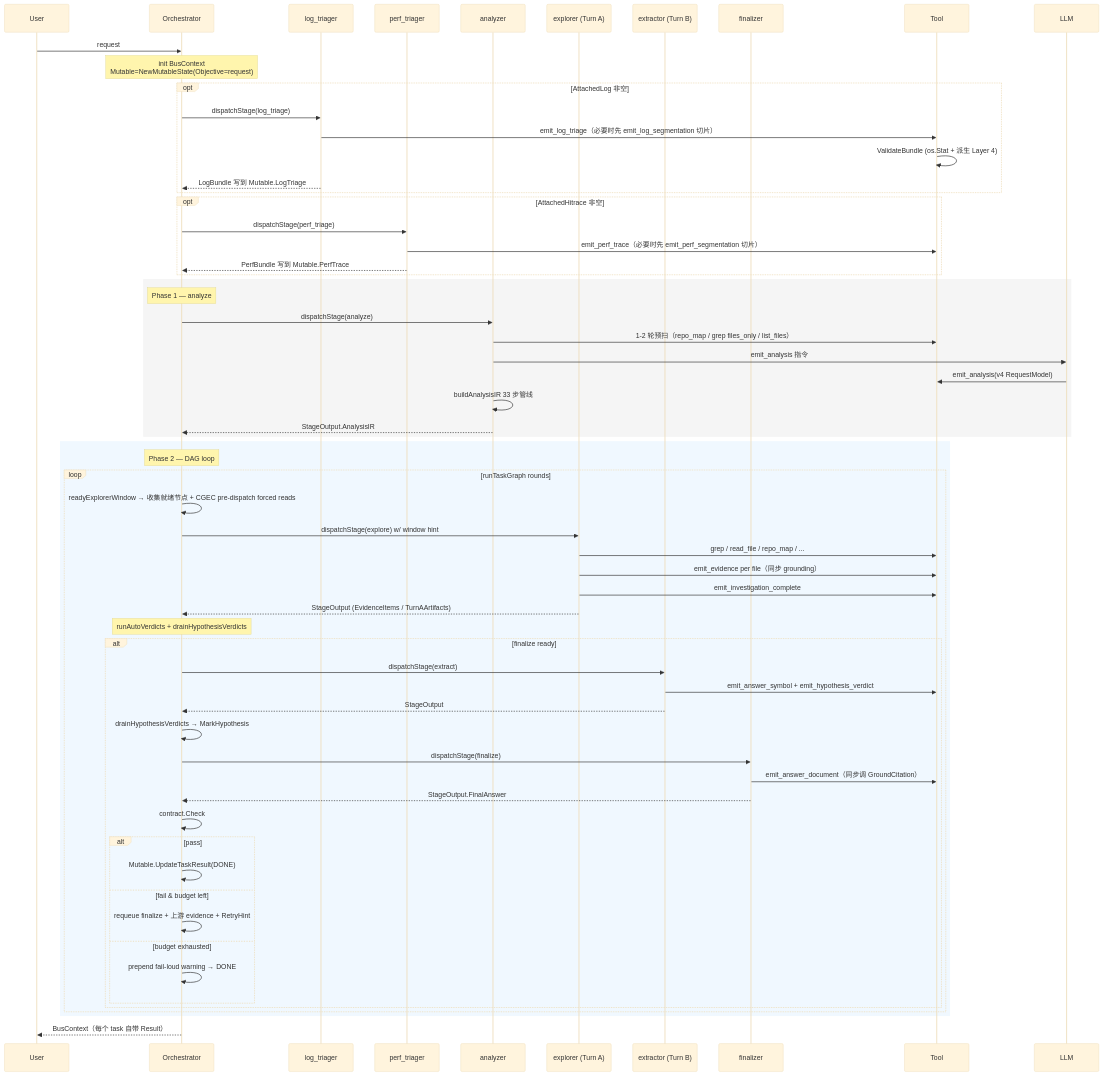
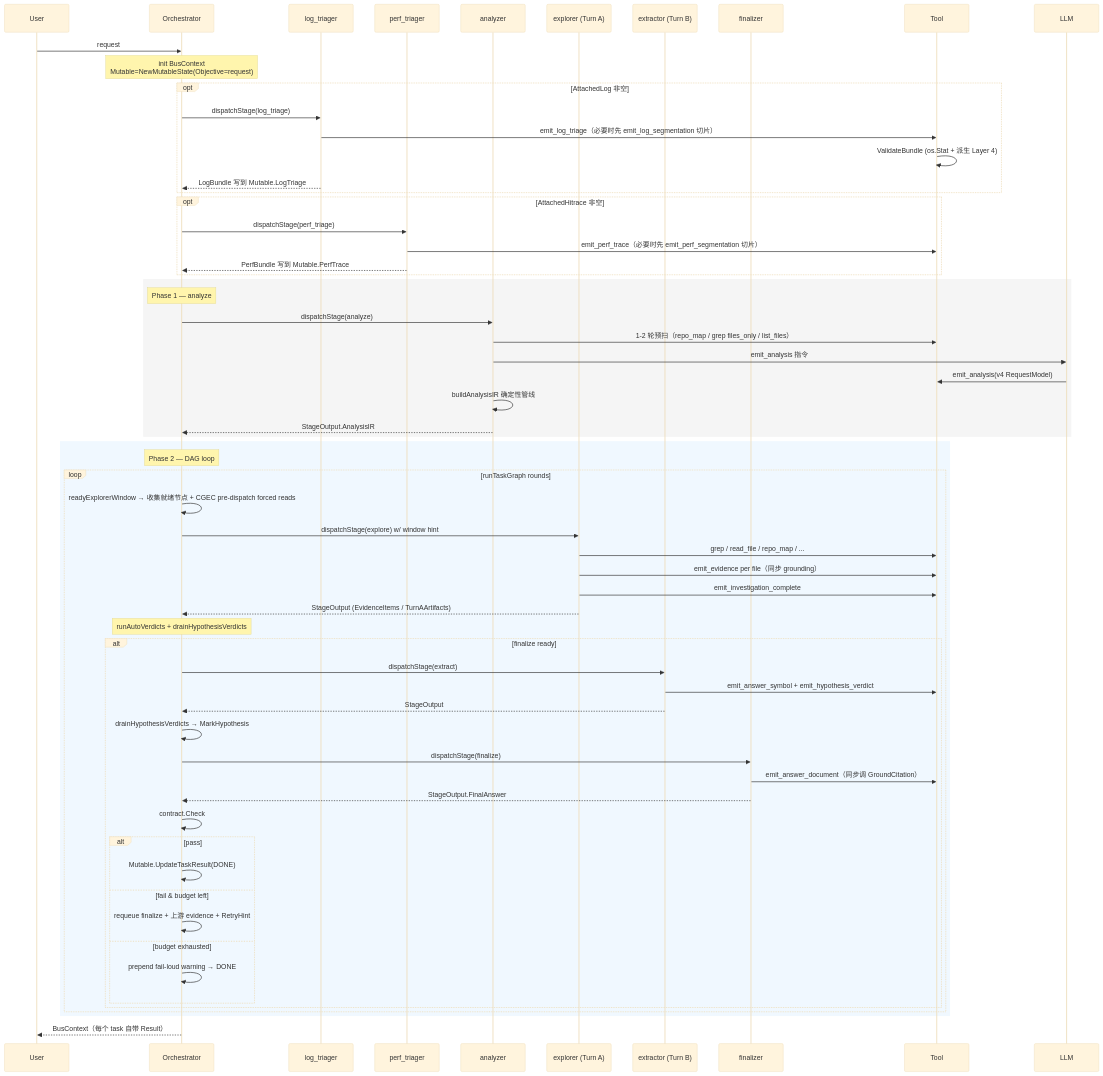
One commit to hanchaoqun/codrax changed the second of 3 diagrams in docs/architecture.md. Above: the diagram before and after it, drawn with Mermaid (base theme). The commit also changed other lines of this file, not shown here.

Commit message:
Refresh architecture documentation

````diff
--- a/docs/architecture.md
+++ b/docs/architecture.md
@@ -1942,71 +1982,71 @@
 ```mermaid
 sequenceDiagram
     participant User
     participant Orch as Orchestrator
     participant LT as log_triager
     participant PT as perf_triager
     participant A as analyzer
     participant E as explorer (Turn A)
     participant X as extractor (Turn B)
     participant F as finalizer
     participant Tool
     participant LLM
 
     User->>Orch: request
     Note over Orch: init BusContext<br/>Mutable=NewMutableState(Objective=request)
 
     opt AttachedLog 非空
     Orch->>LT: dispatchStage(log_triage)
     LT->>Tool: emit_log_triage（必要时先 emit_log_segmentation 切片）
     Tool->>Tool: ValidateBundle (os.Stat + 派生 Layer 4)
     LT-->>Orch: LogBundle 写到 Mutable.LogTriage
     end
 
     opt AttachedHitrace 非空
     Orch->>PT: dispatchStage(perf_triage)
     PT->>Tool: emit_perf_trace（必要时先 emit_perf_segmentation 切片）
     PT-->>Orch: PerfBundle 写到 Mutable.PerfTrace
     end
 
     rect rgb(245,245,245)
     Note over Orch: Phase 1 — analyze
     Orch->>A: dispatchStage(analyze)
     A->>Tool: 1-2 轮预扫（repo_map / grep files_only / list_files）
     A->>LLM: emit_analysis 指令
     LLM->>Tool: emit_analysis(v4 RequestModel)
-    A->>A: buildAnalysisIR 33 步管线
+    A->>A: buildAnalysisIR 确定性管线
     A-->>Orch: StageOutput.AnalysisIR
     end
 
     rect rgb(240,248,255)
     Note over Orch: Phase 2 — DAG loop
     loop runTaskGraph rounds
         Orch->>Orch: readyExplorerWindow → 收集就绪节点 + CGEC pre-dispatch forced reads
         Orch->>E: dispatchStage(explore) w/ window hint
         E->>Tool: grep / read_file / repo_map / ...
         E->>Tool: emit_evidence per file（同步 grounding）
         E->>Tool: emit_investigation_complete
         E-->>Orch: StageOutput (EvidenceItems / TurnAArtifacts)
         Note over Orch: runAutoVerdicts + drainHypothesisVerdicts
         alt finalize ready
             Orch->>X: dispatchStage(extract)
             X->>Tool: emit_answer_symbol + emit_hypothesis_verdict
             X-->>Orch: StageOutput
             Orch->>Orch: drainHypothesisVerdicts → MarkHypothesis
             Orch->>F: dispatchStage(finalize)
             F->>Tool: emit_answer_document（同步调 GroundCitation）
             F-->>Orch: StageOutput.FinalAnswer
             Orch->>Orch: contract.Check
             alt pass
                 Orch->>Orch: Mutable.UpdateTaskResult(DONE)
             else fail & budget left
                 Orch->>Orch: requeue finalize + 上游 evidence + RetryHint
             else budget exhausted
                 Orch->>Orch: prepend fail-loud warning → DONE
             end
         end
     end
     end
 
     Orch-->>User: BusContext（每个 task 自带 Result）
 ```
````
